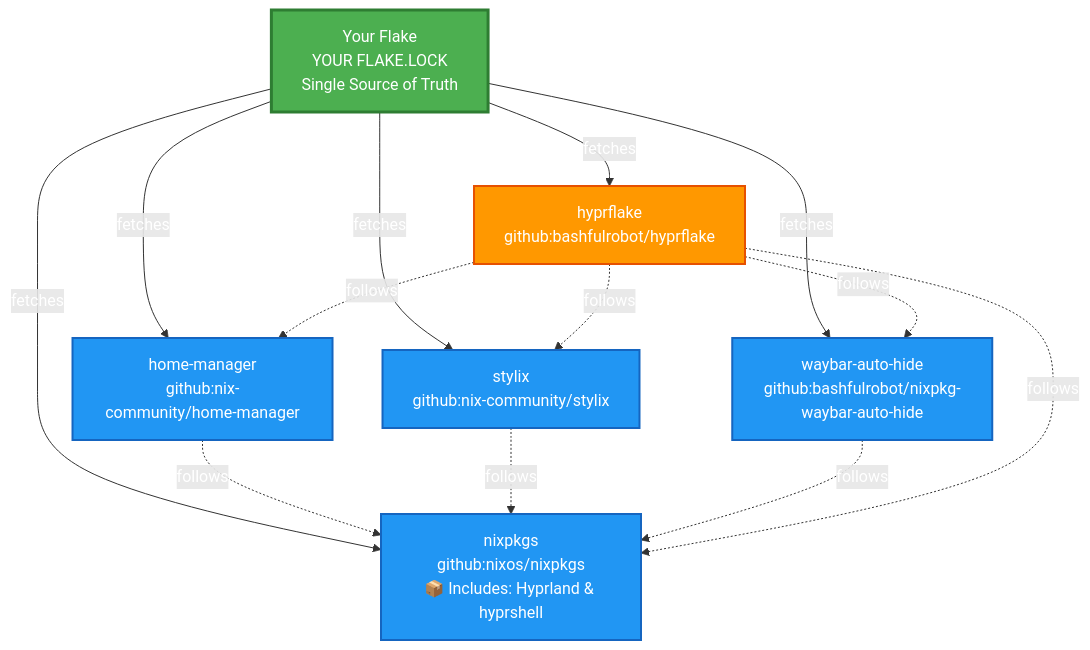
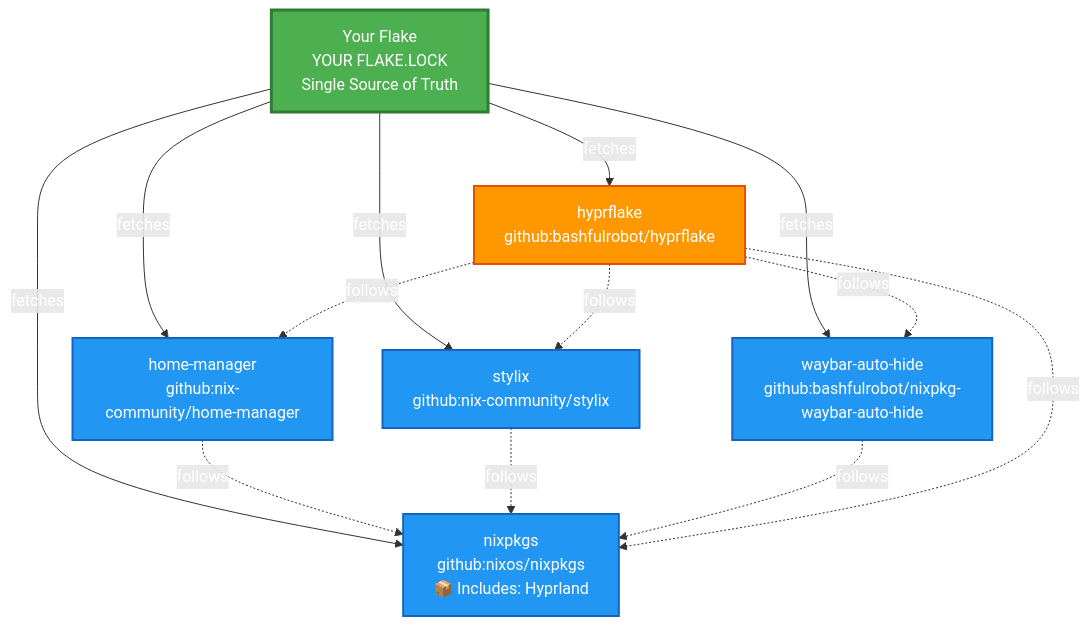
Before and after one commit to bashfulrobot/hyprflake: the diagram in docs/input-management.md, drawn with Mermaid. The commit also changed other lines of this file and 5 other files, not shown here.

````diff
--- a/docs/input-management.md
+++ b/docs/input-management.md
@@ -9,39 +9,39 @@
 ```mermaid
 graph TD
     %% Root flake
     consumer[Your Flake<br/>YOUR FLAKE.LOCK<br/>Single Source of Truth]
 
     %% Direct inputs from GitHub
-    nixpkgs[nixpkgs<br/>github:nixos/nixpkgs<br/>📦 Includes: Hyprland & hyprshell]
+    nixpkgs[nixpkgs<br/>github:nixos/nixpkgs<br/>📦 Includes: Hyprland]
     home-manager[home-manager<br/>github:nix-community/home-manager]
     stylix[stylix<br/>github:nix-community/stylix]
     waybar-auto-hide[waybar-auto-hide<br/>github:bashfulrobot/nixpkg-waybar-auto-hide]
     hyprflake[hyprflake<br/>github:bashfulrobot/hyprflake]
 
     %% Consumer's direct inputs
     consumer -->|fetches| nixpkgs
     consumer -->|fetches| home-manager
     consumer -->|fetches| stylix
     consumer -->|fetches| waybar-auto-hide
     consumer -->|fetches| hyprflake
 
     %% Follows relationships from direct inputs
     home-manager -.->|follows| nixpkgs
     stylix -.->|follows| nixpkgs
     waybar-auto-hide -.->|follows| nixpkgs
 
     %% hyprflake's inputs (ALL overridden via follows)
     hyprflake -.->|follows| nixpkgs
     hyprflake -.->|follows| home-manager
     hyprflake -.->|follows| stylix
     hyprflake -.->|follows| waybar-auto-hide
 
     %% Styling
     classDef root fill:#4CAF50,stroke:#2E7D32,stroke-width:3px,color:#fff
     classDef controlled fill:#2196F3,stroke:#1565C0,stroke-width:2px,color:#fff
     classDef followed fill:#FF9800,stroke:#E65100,stroke-width:2px,color:#fff
 
     class consumer root
     class nixpkgs,home-manager,stylix,waybar-auto-hide controlled
     class hyprflake followed
 ```
````
